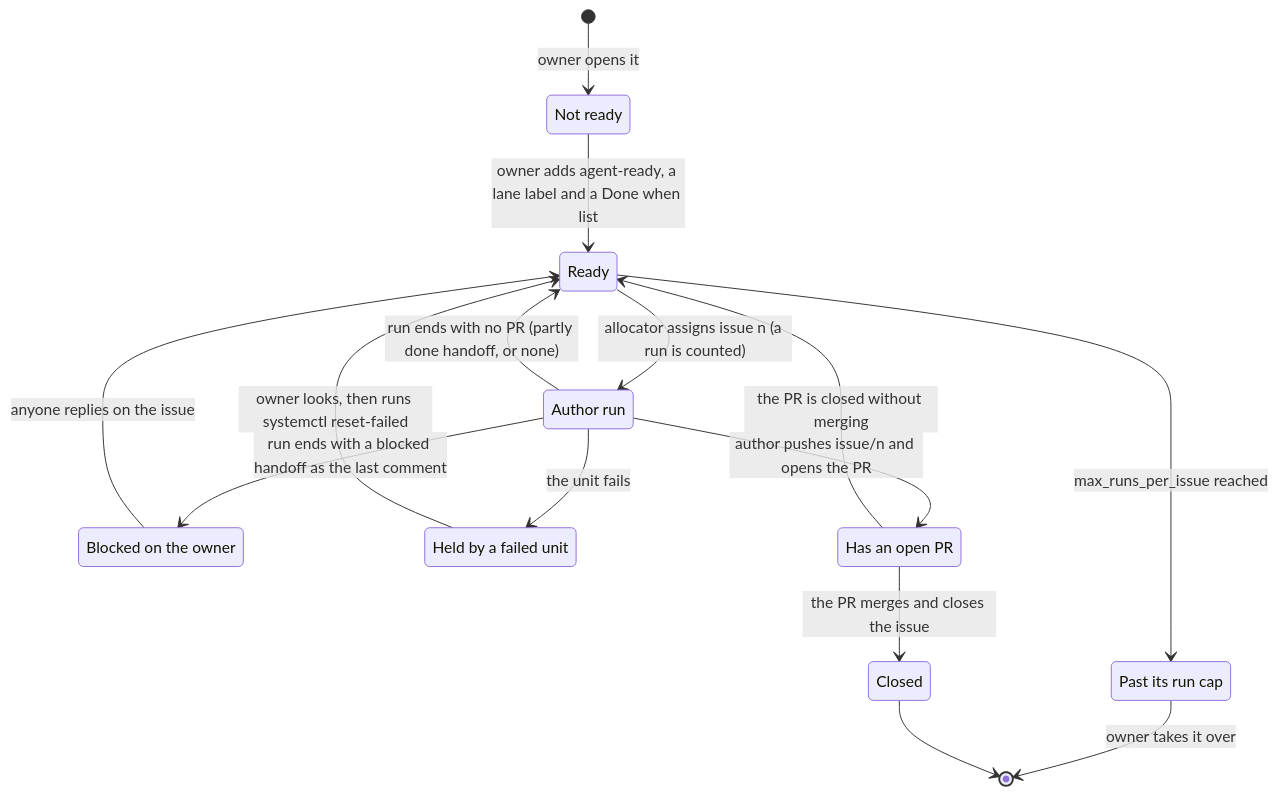
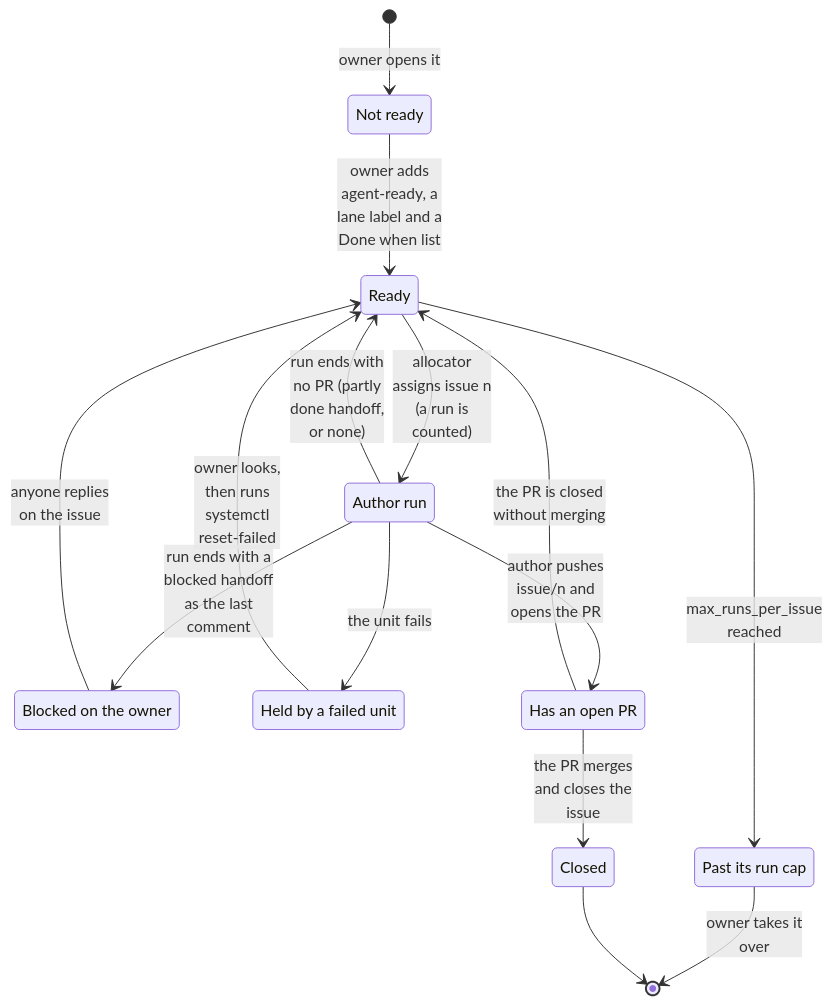
The first of 3 diagrams in docs/control-plane.md (glennmcd/fleet-kit), drawn with Mermaid before and after one commit. The commit also changed other lines of this file, not shown here.

Commit message:
feat(control-plane): improve readability of state diagrams

````diff
--- a/docs/control-plane.md
+++ b/docs/control-plane.md
@@ -358,26 +358,26 @@
 ```mermaid
 stateDiagram-v2
     state "Not ready" as NotReady
     state "Ready" as Ready
     state "Author run" as Run
     state "Blocked on the owner" as Blocked
     state "Held by a failed unit" as Held
     state "Past its run cap" as Capped
     state "Has an open PR" as InPR
     state "Closed" as Closed
 
     [*] --> NotReady : owner opens it
-    NotReady --> Ready : owner adds agent-ready, a lane label and a Done when list
-    Ready --> Run : allocator assigns issue n (a run is counted)
-    Run --> InPR : author pushes issue/n and opens the PR
-    Run --> Ready : run ends with no PR (partly done handoff, or none)
-    Run --> Blocked : run ends with a blocked handoff as the last comment
-    Blocked --> Ready : anyone replies on the issue
+    NotReady --> Ready : owner adds<br>agent-ready, a<br>lane label and a<br>Done when list
+    Ready --> Run : allocator<br>assigns issue n<br>(a run is<br>counted)
+    Run --> InPR : author pushes<br>issue/n and<br>opens the PR
+    Run --> Ready : run ends with<br>no PR (partly<br>done handoff,<br>or none)
+    Run --> Blocked : run ends with a<br>blocked handoff<br>as the last<br>comment
+    Blocked --> Ready : anyone replies<br>on the issue
     Run --> Held : the unit fails
-    Held --> Ready : owner looks, then runs systemctl reset-failed
-    Ready --> Capped : max_runs_per_issue reached
-    Capped --> [*] : owner takes it over
-    InPR --> Closed : the PR merges and closes the issue
-    InPR --> Ready : the PR is closed without merging
+    Held --> Ready : owner looks,<br>then runs<br>systemctl<br>reset-failed
+    Ready --> Capped : max_runs_per_issue<br>reached
+    Capped --> [*] : owner takes it<br>over
+    InPR --> Closed : the PR merges<br>and closes the<br>issue
+    InPR --> Ready : the PR is closed<br>without merging
     Closed --> [*]
 ```
````
